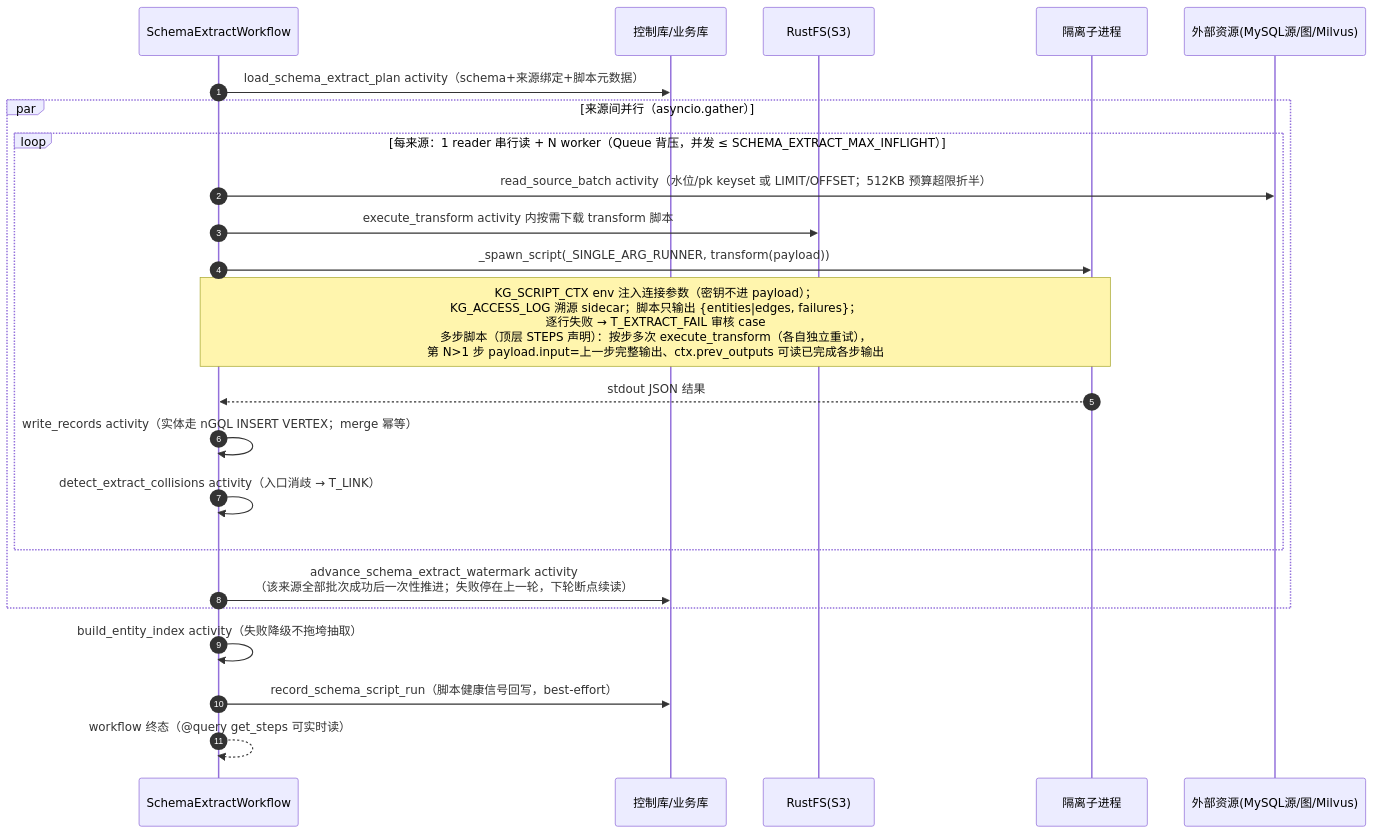
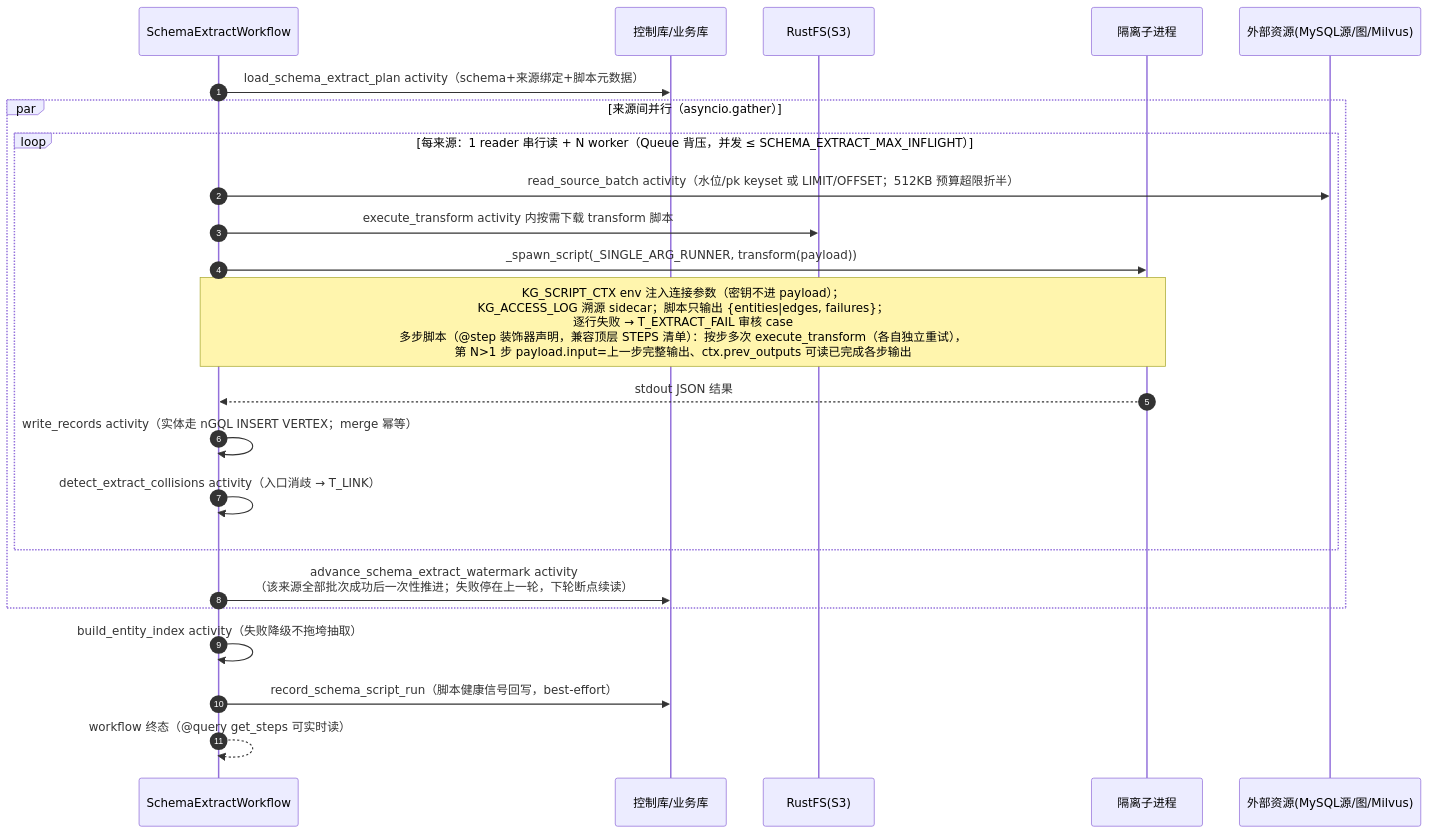
Before and after one commit to Marisolebxf/tech-kg-api: the second of 4 diagrams in docs/工作流系统模块.md, drawn with Mermaid. The commit also changed other lines of this file and 12 other files, not shown here.

````diff
--- a/docs/工作流系统模块.md
+++ b/docs/工作流系统模块.md
@@ -176,26 +176,26 @@
 ```mermaid
 sequenceDiagram
     autonumber
     participant WK as SchemaExtractWorkflow
     participant DB as 控制库/业务库
     participant S3 as RustFS(S3)
     participant SUB as 隔离子进程
     participant RES as 外部资源(MySQL源/图/Milvus)
 
     WK->>DB: load_schema_extract_plan activity（schema+来源绑定+脚本元数据）
     par 来源间并行（asyncio.gather）
         loop 每来源：1 reader 串行读 + N worker（Queue 背压，并发 ≤ SCHEMA_EXTRACT_MAX_INFLIGHT）
             WK->>RES: read_source_batch activity（水位/pk keyset 或 LIMIT/OFFSET；512KB 预算超限折半）
             WK->>S3: execute_transform activity 内按需下载 transform 脚本
             WK->>SUB: _spawn_script(_SINGLE_ARG_RUNNER, transform(payload))
-            note over WK,SUB: KG_SCRIPT_CTX env 注入连接参数（密钥不进 payload）；<br/>KG_ACCESS_LOG 溯源 sidecar；脚本只输出 {entities|edges, failures}；<br/>逐行失败 → T_EXTRACT_FAIL 审核 case<br/>多步脚本（顶层 STEPS 声明）：按步多次 execute_transform（各自独立重试），<br/>第 N>1 步 payload.input=上一步完整输出、ctx.prev_outputs 可读已完成各步输出
+            note over WK,SUB: KG_SCRIPT_CTX env 注入连接参数（密钥不进 payload）；<br/>KG_ACCESS_LOG 溯源 sidecar；脚本只输出 {entities|edges, failures}；<br/>逐行失败 → T_EXTRACT_FAIL 审核 case<br/>多步脚本（@step 装饰器声明，兼容顶层 STEPS 清单）：按步多次 execute_transform（各自独立重试），<br/>第 N>1 步 payload.input=上一步完整输出、ctx.prev_outputs 可读已完成各步输出
             SUB-->>WK: stdout JSON 结果
             WK->>WK: write_records activity（实体走 nGQL INSERT VERTEX；merge 幂等）
             WK->>WK: detect_extract_collisions activity（入口消歧 → T_LINK）
         end
         WK->>DB: advance_schema_extract_watermark activity<br/>（该来源全部批次成功后一次性推进；失败停在上一轮，下轮断点续读）
     end
     WK->>WK: build_entity_index activity（失败降级不拖垮抽取）
     WK->>DB: record_schema_script_run（脚本健康信号回写，best-effort）
     WK-->>WK: workflow 终态（@query get_steps 可实时读）
 ```
````
